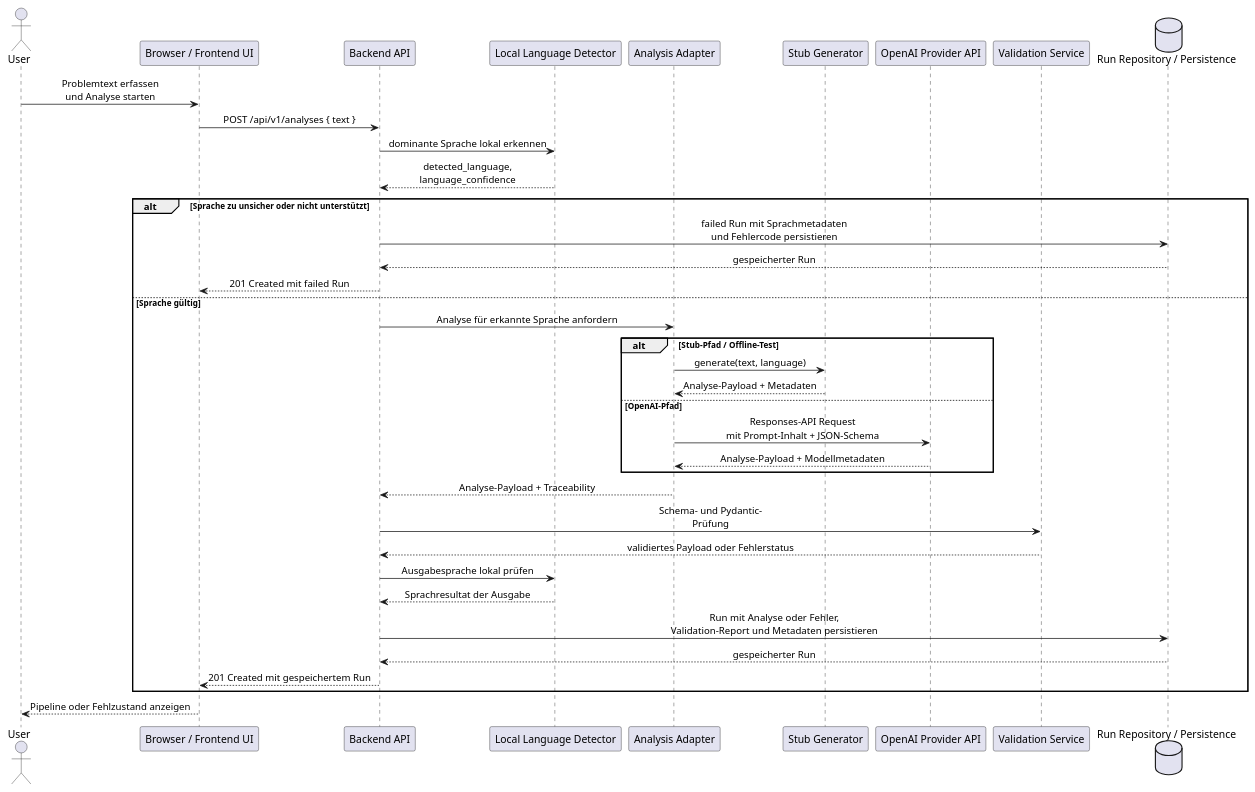
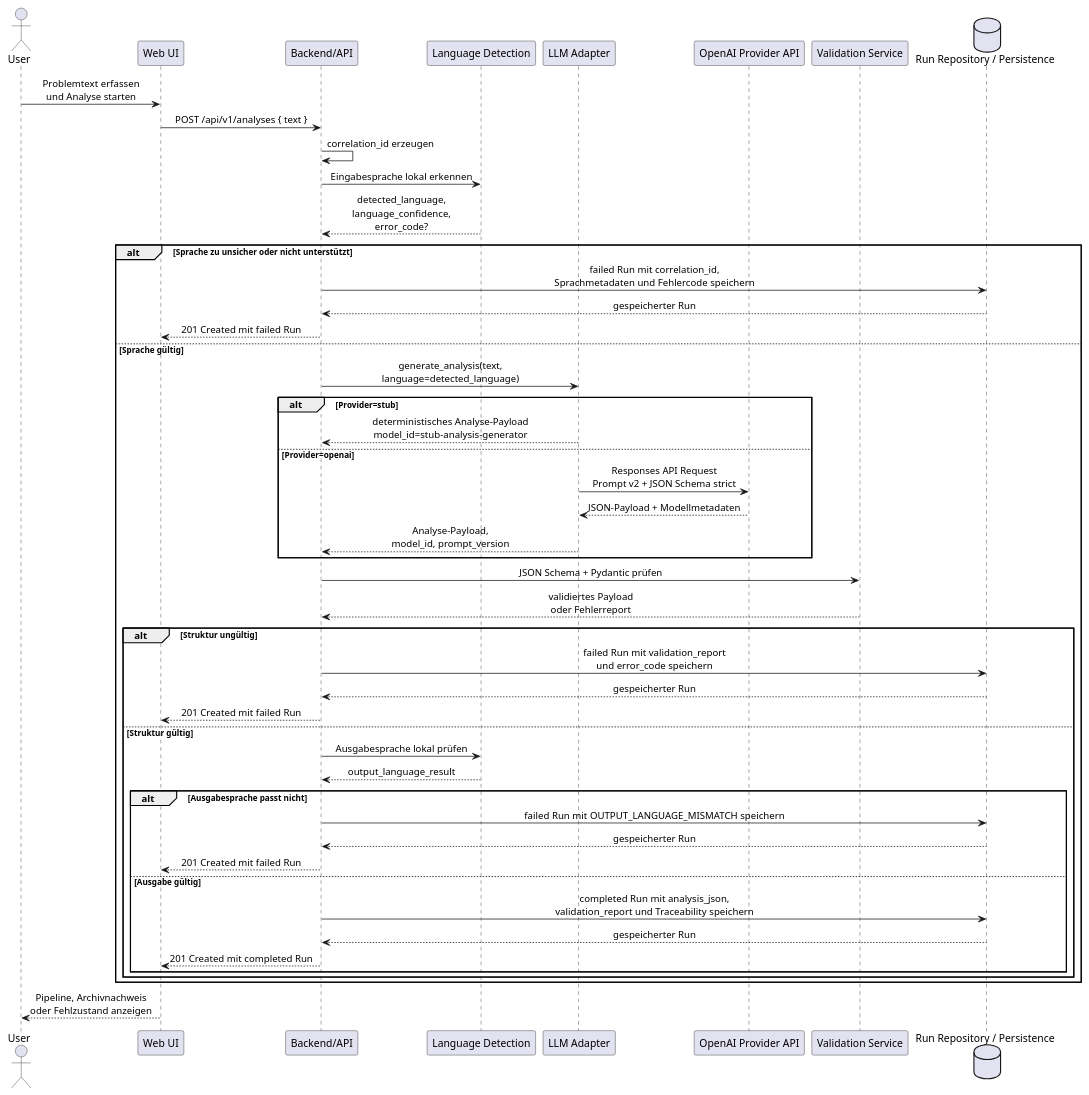
Before and after one commit to r0brt/scm-01: the diagram in docs/diagrams/uj1-sequence.puml, drawn with PlantUML. The commit also changed 27 other files, not shown here.

First line of the commit message:
Expand arc42 diagrams and data model docs (#41)

```diff
--- a/docs/diagrams/uj1-sequence.puml
+++ b/docs/diagrams/uj1-sequence.puml
@@ -1,46 +1,59 @@
 @startuml
 skinparam shadowing false
 skinparam sequenceMessageAlign center
 skinparam responseMessageBelowArrow true
 
 actor "User" as user
-participant "Browser / Frontend UI" as frontend
-participant "Backend API" as api
-participant "Local Language Detector" as detector
-participant "Analysis Adapter" as adapter
-participant "Stub Generator" as stub
+participant "Web UI" as frontend
+participant "Backend/API" as api
+participant "Language Detection" as detector
+participant "LLM Adapter" as adapter
 participant "OpenAI Provider API" as openai
 participant "Validation Service" as validation
 database "Run Repository / Persistence" as persistence
 
 user -> frontend : Problemtext erfassen\nund Analyse starten
 frontend -> api : POST /api/v1/analyses { text }
-api -> detector : dominante Sprache lokal erkennen
-detector --> api : detected_language,\nlanguage_confidence
+api -> api : correlation_id erzeugen
+api -> detector : Eingabesprache lokal erkennen
+detector --> api : detected_language,\nlanguage_confidence,\nerror_code?
 
 alt Sprache zu unsicher oder nicht unterstützt
-  api -> persistence : failed Run mit Sprachmetadaten\nund Fehlercode persistieren
+  api -> persistence : failed Run mit correlation_id,\nSprachmetadaten und Fehlercode speichern
   persistence --> api : gespeicherter Run
   api --> frontend : 201 Created mit failed Run
 else Sprache gültig
-  api -> adapter : Analyse für erkannte Sprache anfordern
-  alt Stub-Pfad / Offline-Test
-    adapter -> stub : generate(text, language)
-    stub --> adapter : Analyse-Payload + Metadaten
-  else OpenAI-Pfad
-    adapter -> openai : Responses-API Request\nmit Prompt-Inhalt + JSON-Schema
-    openai --> adapter : Analyse-Payload + Modellmetadaten
+  api -> adapter : generate_analysis(text,\nlanguage=detected_language)
+  alt Provider=stub
+    adapter --> api : deterministisches Analyse-Payload\nmodel_id=stub-analysis-generator
+  else Provider=openai
+    adapter -> openai : Responses API Request\nPrompt v2 + JSON Schema strict
+    openai --> adapter : JSON-Payload + Modellmetadaten
+    adapter --> api : Analyse-Payload,\nmodel_id, prompt_version
   end
-  adapter --> api : Analyse-Payload + Traceability
-  api -> validation : Schema- und Pydantic-\nPrüfung
-  validation --> api : validiertes Payload oder Fehlerstatus
-  api -> detector : Ausgabesprache lokal prüfen
-  detector --> api : Sprachresultat der Ausgabe
-  api -> persistence : Run mit Analyse oder Fehler,\nValidation-Report und Metadaten persistieren
-  persistence --> api : gespeicherter Run
-  api --> frontend : 201 Created mit gespeichertem Run
+
+  api -> validation : JSON Schema + Pydantic prüfen
+  validation --> api : validiertes Payload\noder Fehlerreport
+
+  alt Struktur ungültig
+    api -> persistence : failed Run mit validation_report\nund error_code speichern
+    persistence --> api : gespeicherter Run
+    api --> frontend : 201 Created mit failed Run
+  else Struktur gültig
+    api -> detector : Ausgabesprache lokal prüfen
+    detector --> api : output_language_result
+    alt Ausgabesprache passt nicht
+      api -> persistence : failed Run mit OUTPUT_LANGUAGE_MISMATCH speichern
+      persistence --> api : gespeicherter Run
+      api --> frontend : 201 Created mit failed Run
+    else Ausgabe gültig
+      api -> persistence : completed Run mit analysis_json,\nvalidation_report und Traceability speichern
+      persistence --> api : gespeicherter Run
+      api --> frontend : 201 Created mit completed Run
+    end
+  end
 end
 
-frontend --> user : Pipeline oder Fehlzustand anzeigen
+frontend --> user : Pipeline, Archivnachweis\noder Fehlzustand anzeigen
 
 @enduml
```
